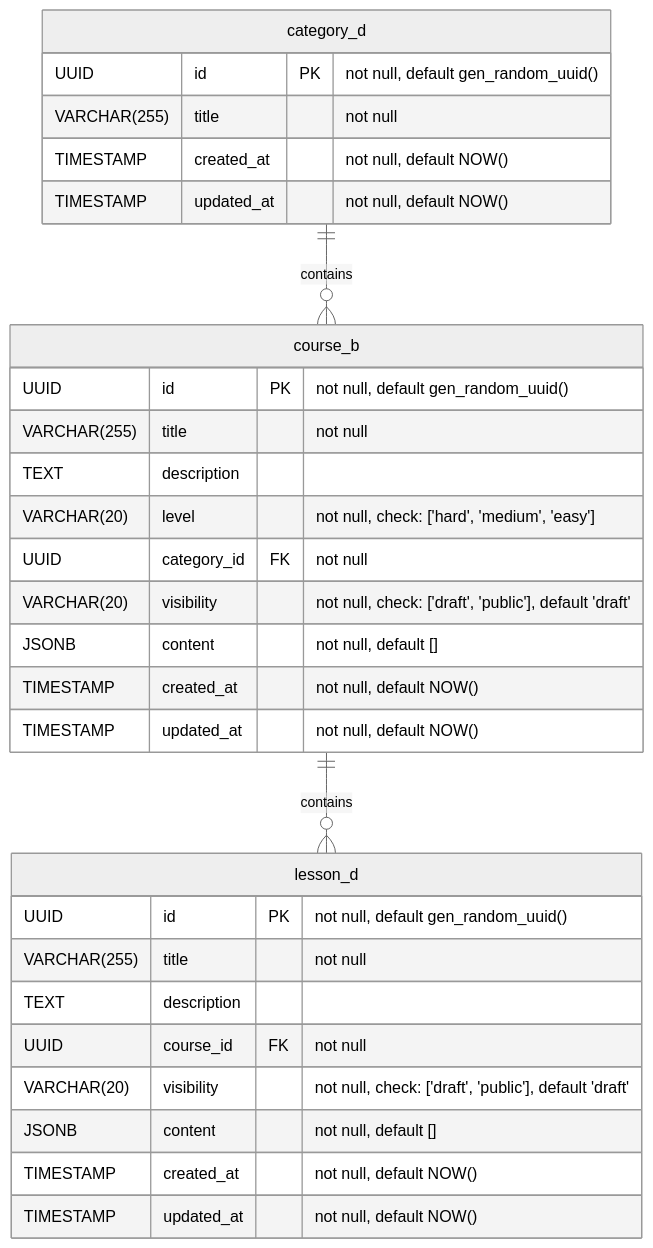
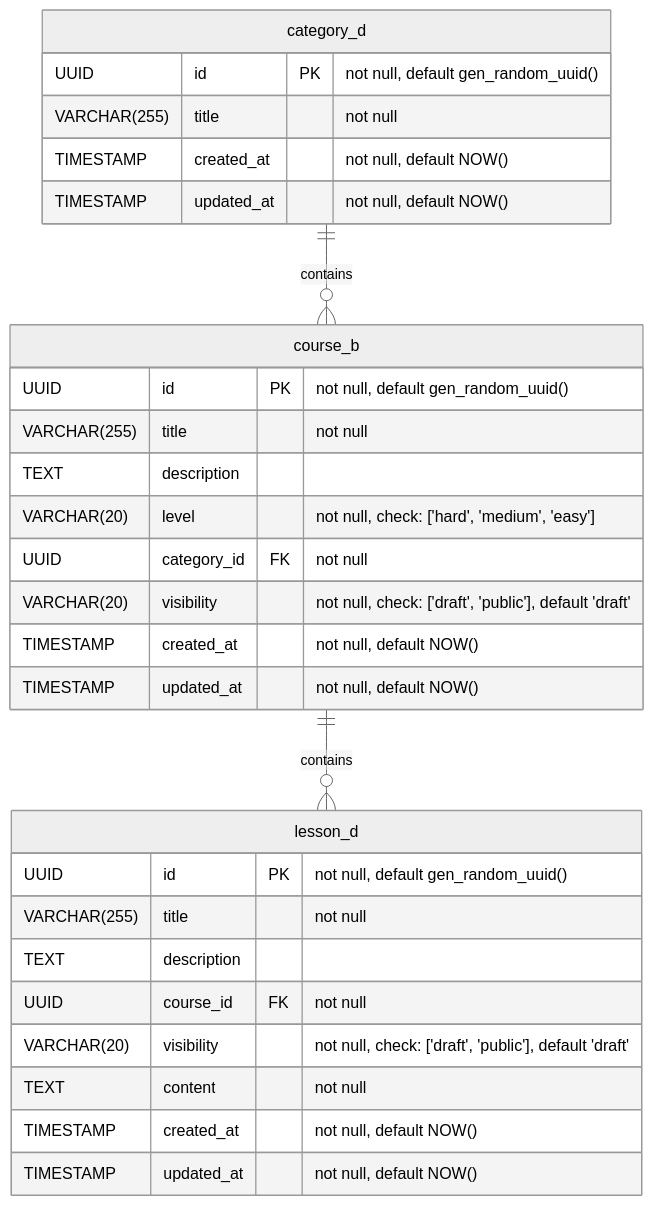
One commit to TaurineMerge/LMS_Tages changed the diagram in docs/content/admin/diagrams/er.md. Above: the diagram before and after it, drawn with Mermaid (neutral theme). The commit also changed 77 other files, not shown here.

Commit message:
Добавлены все необходимые диаграммы во все модули, обновлена цветовая гамма статичного сайта и добавлена эмблема в header

```diff
--- a/docs/content/admin/diagrams/er.md
+++ b/docs/content/admin/diagrams/er.md
@@ -7,34 +7,33 @@
 {{< mermaid >}}
 
 erDiagram
     category_d {
         UUID id PK "not null, default gen_random_uuid()"
         VARCHAR(255) title "not null"
         TIMESTAMP created_at "not null, default NOW()"
         TIMESTAMP updated_at "not null, default NOW()"
     }
     course_b {
         UUID id PK "not null, default gen_random_uuid()"
         VARCHAR(255) title "not null"
         TEXT description
         VARCHAR(20) level "not null, check: ['hard', 'medium', 'easy']"
         UUID category_id FK "not null"
         VARCHAR(20) visibility "not null, check: ['draft', 'public'], default 'draft'"
-        JSONB content "not null, default []"
         TIMESTAMP created_at "not null, default NOW()"
         TIMESTAMP updated_at "not null, default NOW()"
     }
     lesson_d {
         UUID id PK "not null, default gen_random_uuid()"
         VARCHAR(255) title "not null"
         TEXT description
         UUID course_id FK "not null"
         VARCHAR(20) visibility "not null, check: ['draft', 'public'], default 'draft'"
-        JSONB content "not null, default []"
+        TEXT content "not null"
         TIMESTAMP created_at "not null, default NOW()"
         TIMESTAMP updated_at "not null, default NOW()"
     }
     category_d ||--o{ course_b : "contains"
     course_b   ||--o{ lesson_d : "contains"
 
 {{< /mermaid >}}
```
